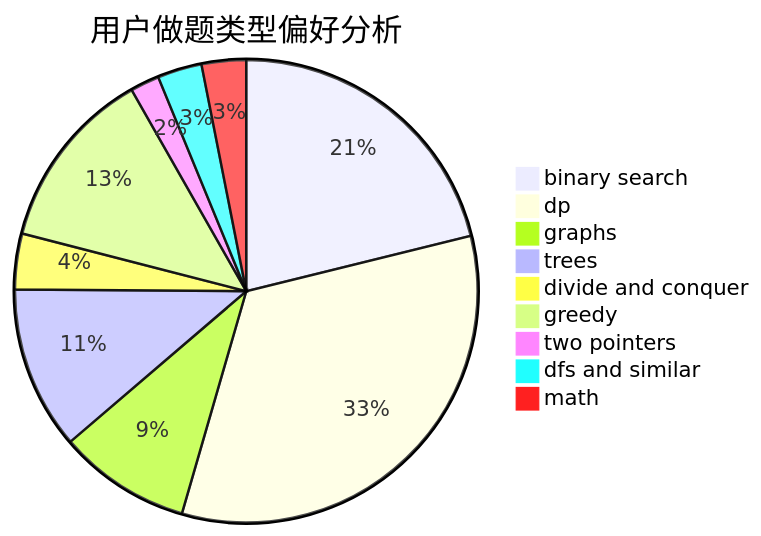
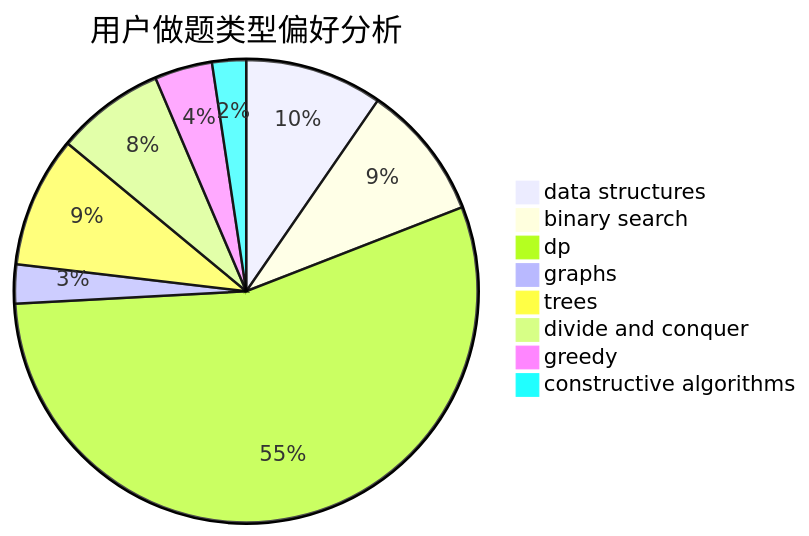
Before and after one commit to sherpahu/cfrs.github.io: the second of 3 diagrams in docs/user/u489.md, drawn with Mermaid. The commit also changed other lines of this file and 2775 other files, not shown here.

````diff
--- a/docs/user/u489.md
+++ b/docs/user/u489.md
@@ -23,12 +23,11 @@
 ```mermaid
 pie title 用户做题类型偏好分析
-    "binary search" :  375
-    "dp" :  591
-    "graphs" :  164
-    "trees" :  202
-    "divide and conquer" :  69
-    "greedy" :  226
-    "two pointers" :  36
-    "dfs and similar" :  55
-    "math" :  55
+    "data structures" :  81
+    "binary search" :  80
+    "dp" :  464
+    "graphs" :  23
+    "trees" :  77
+    "divide and conquer" :  64
+    "greedy" :  34
+    "constructive algorithms" :  20
 ```
````
